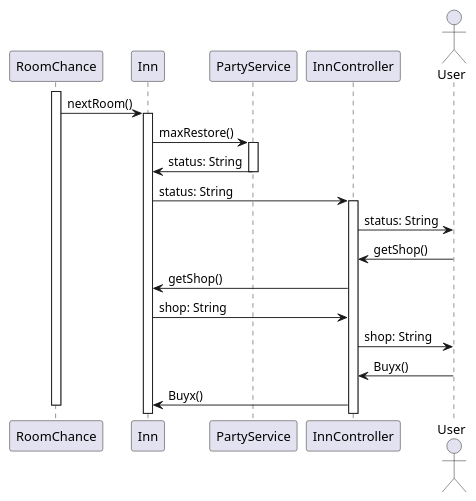
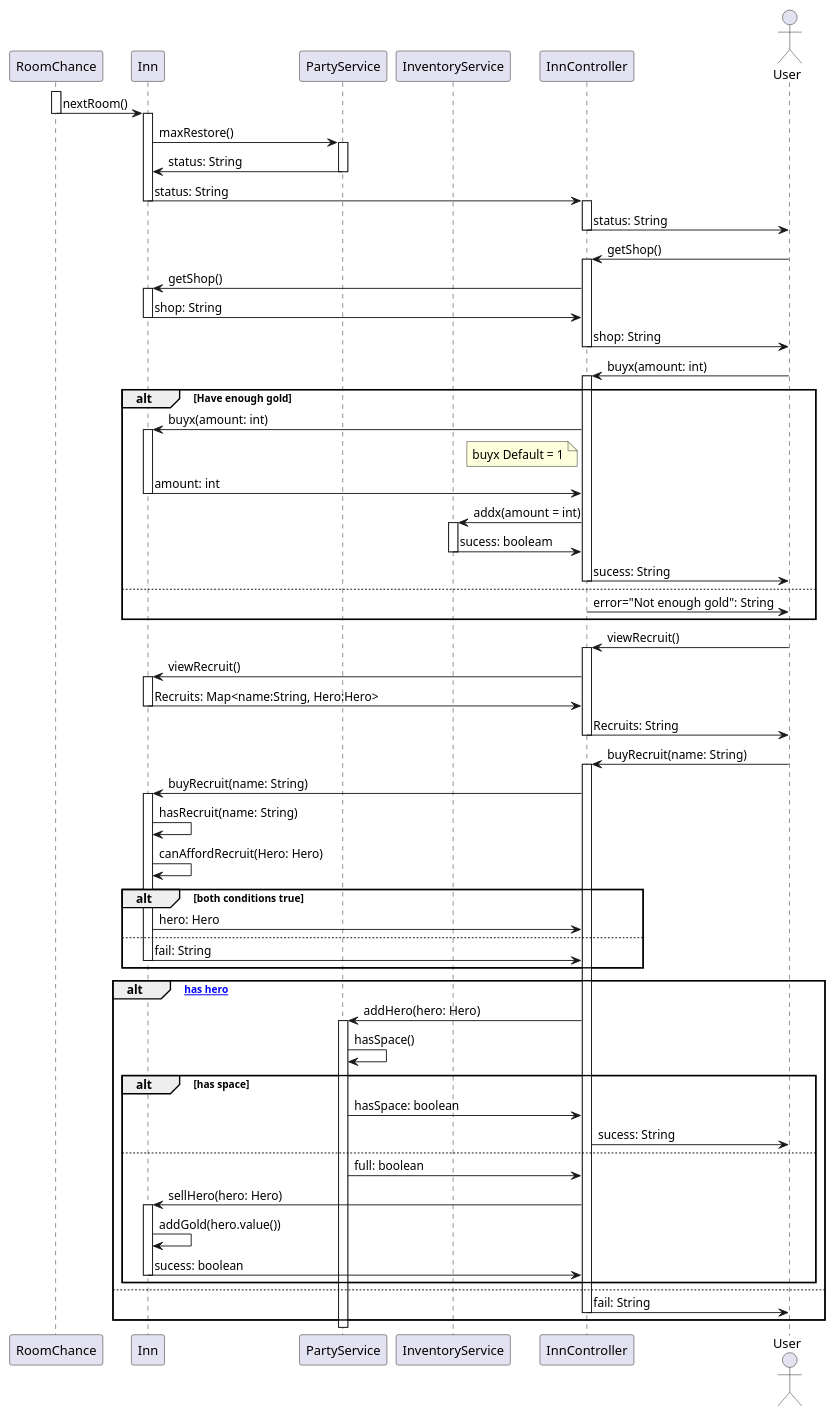
One commit to JosefG50/2203-Legends-of-Sword-and-Wand changed the diagram in rpg-legends/docs/uml/interact-with-inn.puml. Above: the diagram before and after it, drawn with PlantUML. The commit also changed 2 other files, not shown here.

Commit message:
[feat] all use cases of interacting with inn created

```diff
--- a/rpg-legends/docs/uml/interact-with-inn.puml
+++ b/rpg-legends/docs/uml/interact-with-inn.puml
@@ -1,40 +1,123 @@
 @startuml
 
 participant RoomChance
 
 ' Inn is concrete that the user 
 ' "revists" throughout campaign
 participant Inn 
 ' participant PartyController
 participant PartyService
+participant InventoryService
 participant InnController
 actor User
 
 
 ' RoomChance selects Inn
 activate RoomChance
 RoomChance -> Inn: nextRoom()
+deactivate RoomChance
 activate Inn
 
 Inn -> PartyService: maxRestore()
 activate PartyService
 
 
 PartyService -> Inn: status: String
 deactivate PartyService
 Inn -> InnController: status: String 
+deactivate Inn
 activate InnController
 
+
 InnController -> User: status: String
+deactivate InnController
 
+' User wants to View Shop
 User -> InnController: getShop()
+activate InnController
+
 InnController -> Inn: getShop()
+activate Inn
 Inn -> InnController: shop: String
+deactivate Inn
 InnController -> User: shop: String
+deactivate InnController
 
-User -> InnController: Buyx()
-InnController -> Inn: Buyx()
+' User attempts to buy item
+User -> InnController: buyx(amount: int)
+activate InnController
+' Checks if they have enough gold
+alt Have enough gold
+InnController -> Inn: buyx(amount: int)
+activate Inn
 
+note left of InnController
+buyx Default = 1
+end note
 
-deactivate RoomChance
+Inn -> InnController: amount: int
+deactivate Inn
+' add to InventoryService
+InnController -> InventoryService: addx(amount = int)
+activate InventoryService
+InventoryService -> InnController: sucess: booleam
+deactivate InventoryService
+InnController -> User: sucess: String
+deactivate InnController
+else
+InnController -> User: error="Not enough gold": String
+deactivate InnController
+end
+
+' view recuitment
+User -> InnController: viewRecruit()
+activate InnController
+InnController -> Inn: viewRecruit()
+activate Inn
+Inn -> InnController: Recruits: Map<name:String, Hero:Hero>
+deactivate Inn
+InnController -> User: Recruits: String
+deactivate InnController
+
+' User attempts to recruit
+User -> InnController: buyRecruit(name: String)
+activate InnController
+
+' First, Attempts to buy Recruit
+InnController -> Inn: buyRecruit(name: String)
+activate Inn
+Inn -> Inn: hasRecruit(name: String)
+Inn -> Inn: canAffordRecruit(Hero: Hero)
+
+alt both conditions true
+Inn -> InnController: hero: Hero
+else
+Inn -> InnController: fail: String
+deactivate Inn
+end
+
+' Attempts to Add Recruit to Party
+alt [InnController has hero]
+InnController -> PartyService: addHero(hero: Hero)
+activate PartyService
+
+PartyService -> PartyService: hasSpace()
+alt has space
+PartyService -> InnController: hasSpace: boolean
+InnController -> User: sucess: String
+
+else
+PartyService -> InnController: full: boolean
+InnController -> Inn: sellHero(hero: Hero)
+activate Inn 
+Inn -> Inn: addGold(hero.value())
+Inn -> InnController: sucess: boolean
+deactivate Inn
+end
+else 
+InnController -> User: fail: String
+deactivate InnController
+end
+' Check if Name Exist
+'
 @enduml
```
